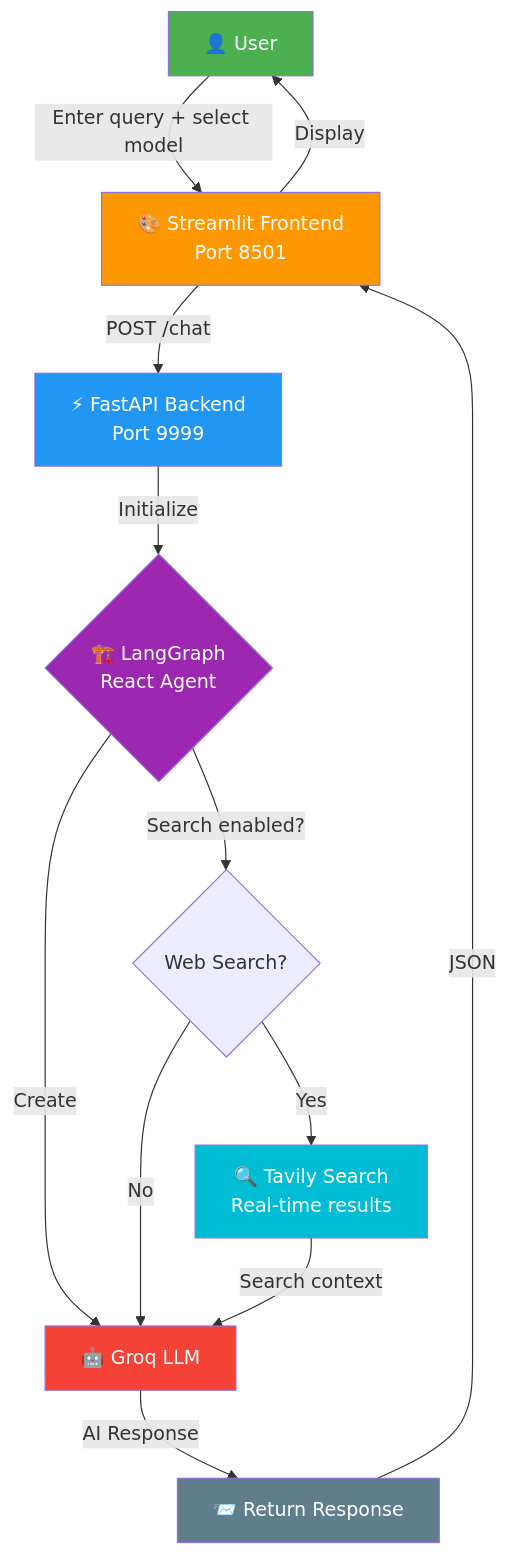
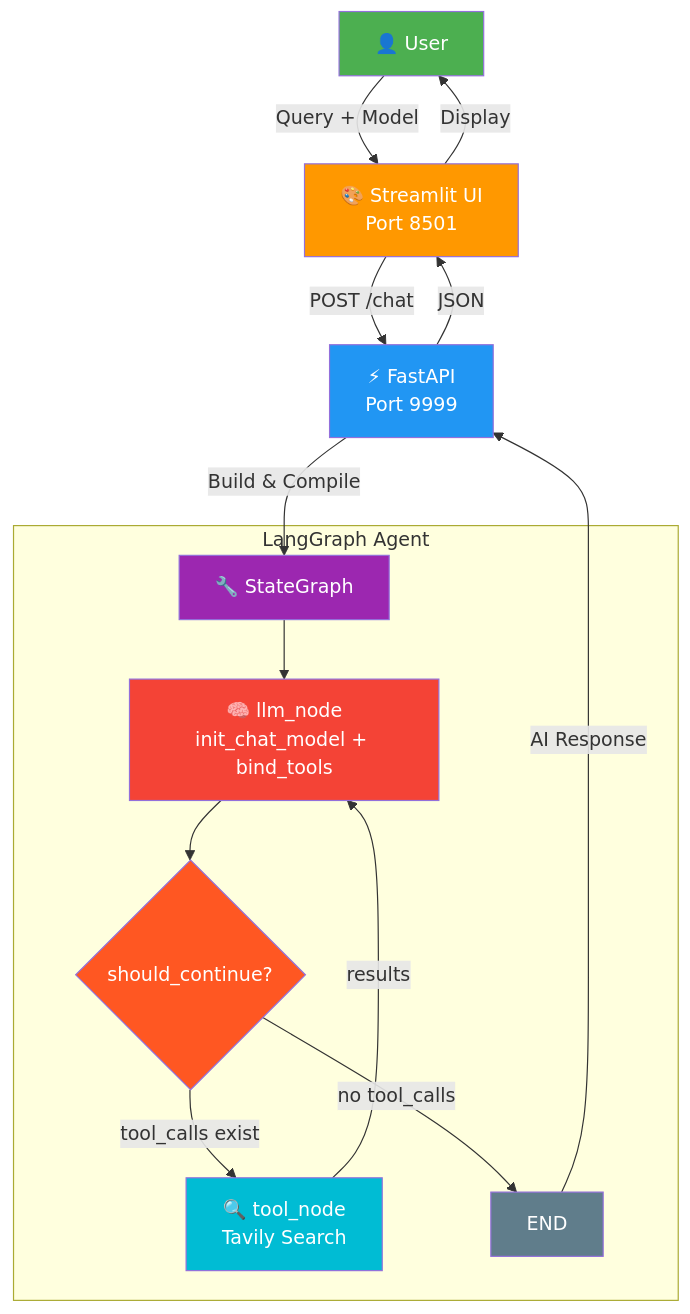
One commit to farhanrhine/multi-ai-agent-gcp changed the first of 2 diagrams in readme.md. Above: the diagram before and after it, drawn with Mermaid. The commit also changed other lines of this file and 6 other files, not shown here.

Commit message:
Implement a custom LangGraph StateGraph agent with new Streamlit UI, FastAPI API, and updated documentation.

````diff
--- a/readme.md
+++ b/readme.md
@@ -24,22 +24,27 @@
 ```mermaid
 flowchart TD
-    A[👤 User] -->|Enter query + select model| B[🎨 Streamlit Frontend\nPort 8501]
-    B -->|POST /chat| C[⚡ FastAPI Backend\nPort 9999]
-    C -->|Initialize| D{🏗️ LangGraph\nReact Agent}
-    D -->|Create| E[🤖 Groq LLM]
-    D -->|Search enabled?| F{Web Search?}
-    F -->|Yes| G[🔍 Tavily Search\nReal-time results]
-    F -->|No| E
-    G -->|Search context| E
-    E -->|AI Response| H[📨 Return Response]
-    H -->|JSON| B
+    A[👤 User] -->|Query + Model| B[🎨 Streamlit UI\nPort 8501]
+    B -->|POST /chat| C[⚡ FastAPI\nPort 9999]
+    C -->|Build & Compile| D[🔧 StateGraph]
+
+    subgraph LangGraph Agent
+        D --> E["🧠 llm_node\ninit_chat_model + bind_tools"]
+        E --> F{should_continue?}
+        F -->|tool_calls exist| G["🔍 tool_node\nTavily Search"]
+        G -->|results| E
+        F -->|no tool_calls| H[END]
+    end
+
+    H -->|AI Response| C
+    C -->|JSON| B
     B -->|Display| A
 
     style A fill:#4CAF50,color:#fff
     style B fill:#FF9800,color:#fff
     style C fill:#2196F3,color:#fff
     style D fill:#9C27B0,color:#fff
     style E fill:#F44336,color:#fff
+    style F fill:#FF5722,color:#fff
     style G fill:#00BCD4,color:#fff
     style H fill:#607D8B,color:#fff
 ```
````
